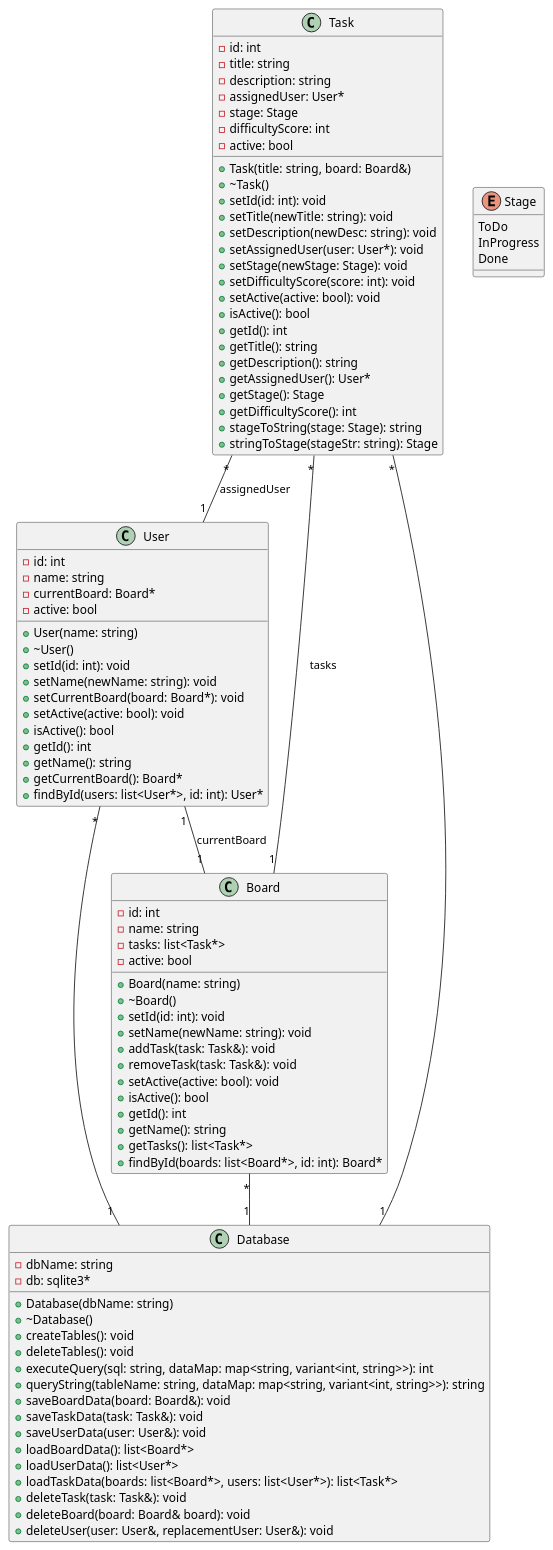
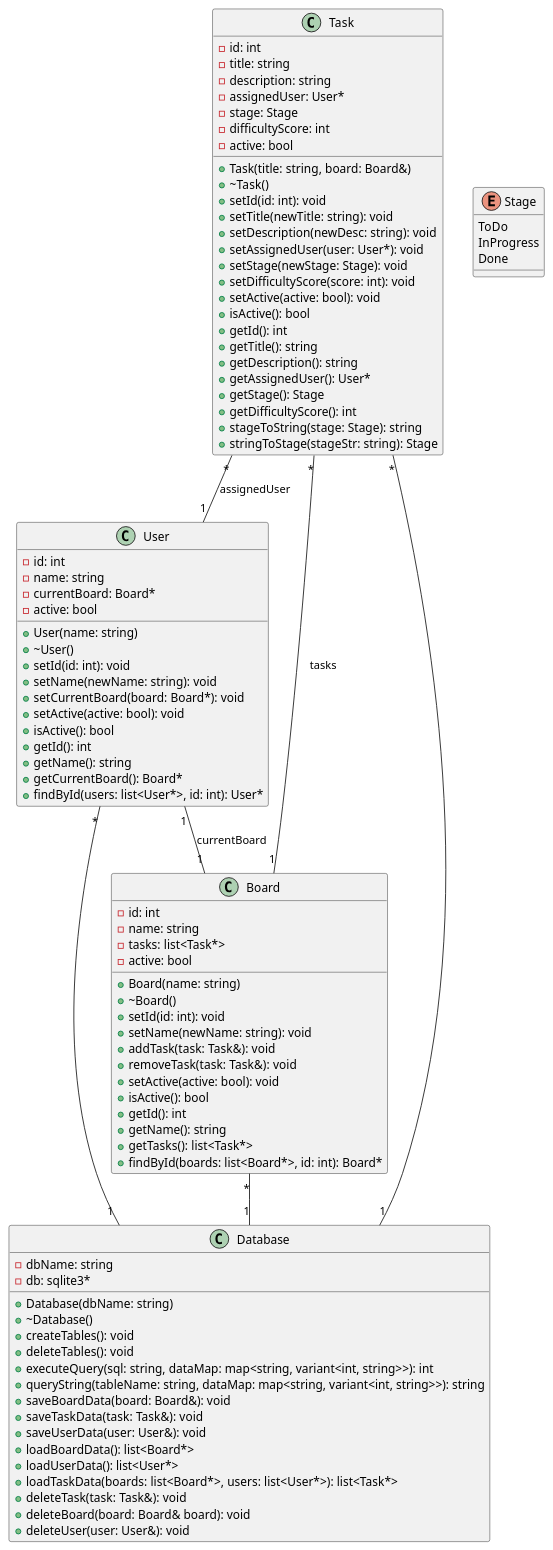
One commit to travisformayor/cli_kanban changed the diagram in diagrams/classUML.puml. Above: the diagram before and after it, drawn with PlantUML. The commit also changed 2 other files, not shown here.

Commit message:
remove replacement user requirement

```diff
--- a/diagrams/classUML.puml
+++ b/diagrams/classUML.puml
@@ -1,101 +1,101 @@
 @startuml classUML
 
 Task "*" -- "1" User : assignedUser
 Task "*" -- "1" Board : tasks
 Task "*" -- "1" Database
 Board "*" -- "1" Database
 User "*" -- "1" Database
 User "1" -- "1" Board : currentBoard
 
 class Task {
   -id: int
   -title: string
   -description: string
   -assignedUser: User*
   -stage: Stage
   -difficultyScore: int
   -active: bool
   +Task(title: string, board: Board&)
   +~Task()
   +setId(id: int): void
   +setTitle(newTitle: string): void
   +setDescription(newDesc: string): void
   +setAssignedUser(user: User*): void
   +setStage(newStage: Stage): void
   +setDifficultyScore(score: int): void
   +setActive(active: bool): void
   +isActive(): bool
   +getId(): int
   +getTitle(): string
   +getDescription(): string
   +getAssignedUser(): User*
   +getStage(): Stage
   +getDifficultyScore(): int
   +stageToString(stage: Stage): string
   +stringToStage(stageStr: string): Stage
 }
 
 enum Stage {
   ToDo
   InProgress
   Done
 }
 
 class User {
   -id: int
   -name: string
   -currentBoard: Board*
   -active: bool
   +User(name: string)
   +~User()
   +setId(id: int): void
   +setName(newName: string): void
   +setCurrentBoard(board: Board*): void
   +setActive(active: bool): void
   +isActive(): bool
   +getId(): int
   +getName(): string
   +getCurrentBoard(): Board*
   +findById(users: list<User*>, id: int): User*
 }
 
 class Board {
   -id: int
   -name: string
   -tasks: list<Task*>
   -active: bool
   +Board(name: string)
   +~Board()
   +setId(id: int): void
   +setName(newName: string): void
   +addTask(task: Task&): void
   +removeTask(task: Task&): void
   +setActive(active: bool): void
   +isActive(): bool
   +getId(): int
   +getName(): string
   +getTasks(): list<Task*>
   +findById(boards: list<Board*>, id: int): Board*
 }
 
 class Database {
   -dbName: string
   -db: sqlite3*
   +Database(dbName: string)
   +~Database()
   +createTables(): void
   +deleteTables(): void
   +executeQuery(sql: string, dataMap: map<string, variant<int, string>>): int
   +queryString(tableName: string, dataMap: map<string, variant<int, string>>): string
   +saveBoardData(board: Board&): void
   +saveTaskData(task: Task&): void
   +saveUserData(user: User&): void
   +loadBoardData(): list<Board*>
   +loadUserData(): list<User*>
   +loadTaskData(boards: list<Board*>, users: list<User*>): list<Task*>
   +deleteTask(task: Task&): void
   +deleteBoard(board: Board& board): void
-  +deleteUser(user: User&, replacementUser: User&): void
+  +deleteUser(user: User&): void
 }
 
 @enduml
```
